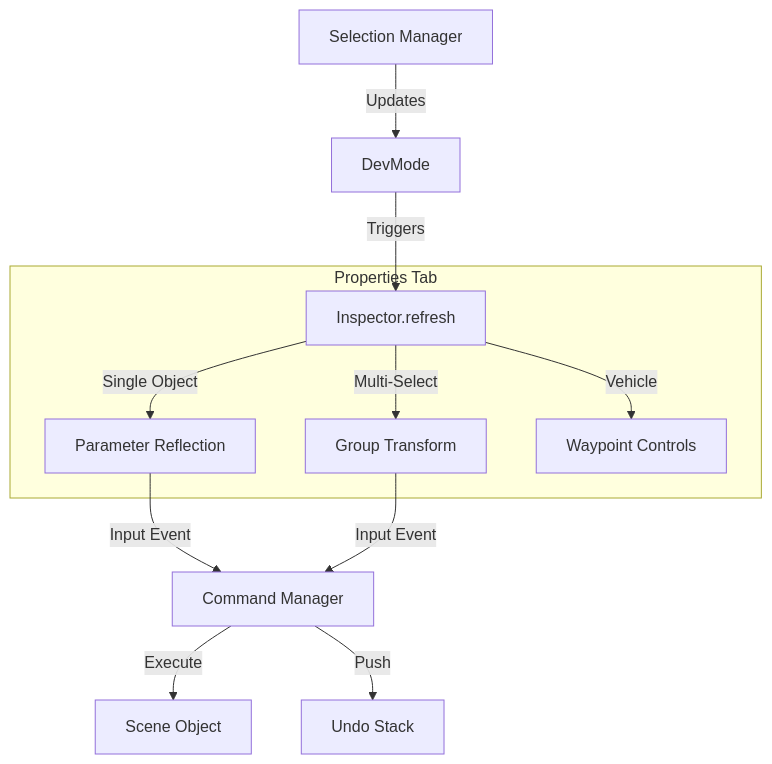
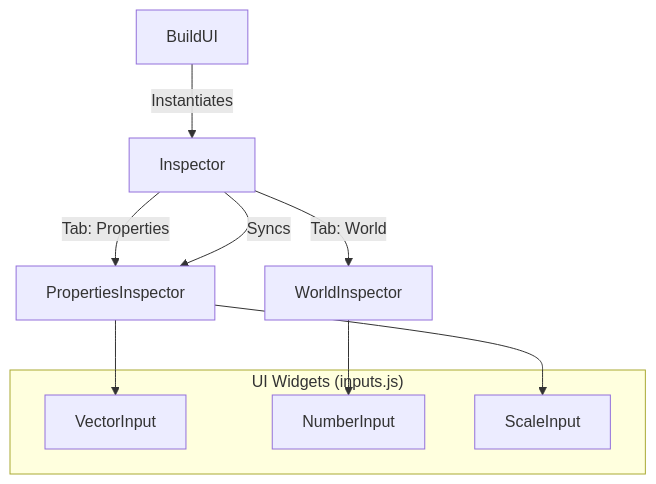
The diagram in docs/architecture/dev_ui_inspector.md (DanteMarone/Drone-City-Flight), drawn with Mermaid before and after one commit. The commit also changed other lines of this file and 6 other files, not shown here.

Commit message:
🔮 Oracle: Split Inspector into Properties and World Components

````diff
--- a/docs/architecture/dev_ui_inspector.md
+++ b/docs/architecture/dev_ui_inspector.md
@@ -12,17 +10,18 @@
 ```mermaid
 graph TD
-    Select[Selection Manager] -->|Updates| DevMode
-    DevMode -->|Triggers| Inspector[Inspector.refresh]
+    BuildUI -->|Instantiates| Inspector
+    Inspector -->|Tab: Properties| PropInsp[PropertiesInspector]
+    Inspector -->|Tab: World| WorldInsp[WorldInspector]
 
-    subgraph Properties Tab
-        Inspector -->|Single Object| Params[Parameter Reflection]
-        Inspector -->|Multi-Select| Proxy[Group Transform]
-        Inspector -->|Vehicle| Waypoints[Waypoint Controls]
+    Inspector -->|Syncs| PropInsp
+
+    subgraph "UI Widgets (inputs.js)"
+        VectorInput
+        NumberInput
+        ScaleInput
     end
 
-    Params -->|Input Event| Cmd[Command Manager]
-    Proxy -->|Input Event| Cmd
-
-    Cmd -->|Execute| Object[Scene Object]
-    Cmd -->|Push| History[Undo Stack]
+    PropInsp --> VectorInput
+    PropInsp --> ScaleInput
+    WorldInsp --> NumberInput
 ```
````
